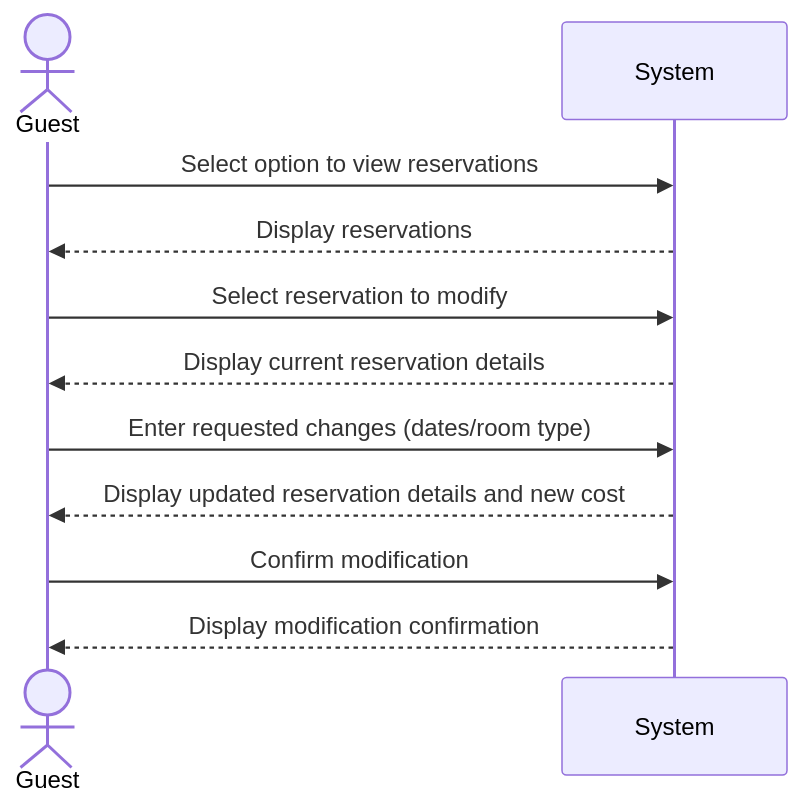
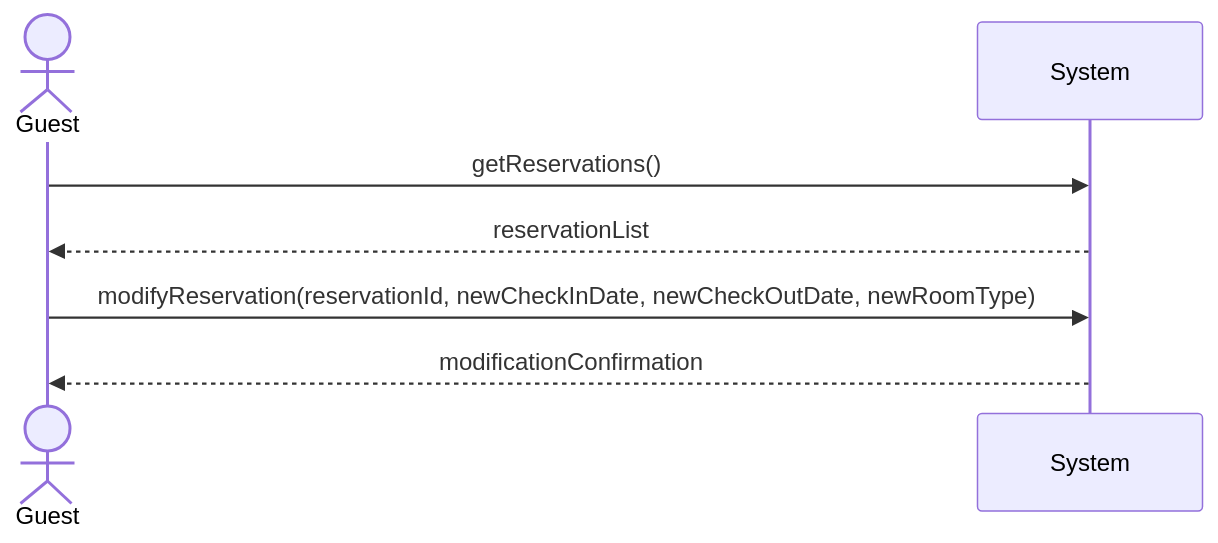
One commit to JaceYar/Software1-Proj changed the diagram in Documentation/User-Cases/ModifyReservation.md. Above: the diagram before and after it, drawn with Mermaid. The commit also changed 18 other files, not shown here.

````diff
--- a/Documentation/User-Cases/ModifyReservation.md
+++ b/Documentation/User-Cases/ModifyReservation.md
@@ -11,14 +11,10 @@
 ```mermaid
 sequenceDiagram
     actor Guest
     participant System
 
-    Guest->>System: Select option to view reservations
-    System-->>Guest: Display reservations
-    Guest->>System: Select reservation to modify
-    System-->>Guest: Display current reservation details
-    Guest->>System: Enter requested changes (dates/room type)
-    System-->>Guest: Display updated reservation details and new cost
-    Guest->>System: Confirm modification
-    System-->>Guest: Display modification confirmation
+    Guest->>System: getReservations()
+    System-->>Guest: reservationList
+    Guest->>System: modifyReservation(reservationId, newCheckInDate, newCheckOutDate, newRoomType)
+    System-->>Guest: modificationConfirmation
 ```
````
